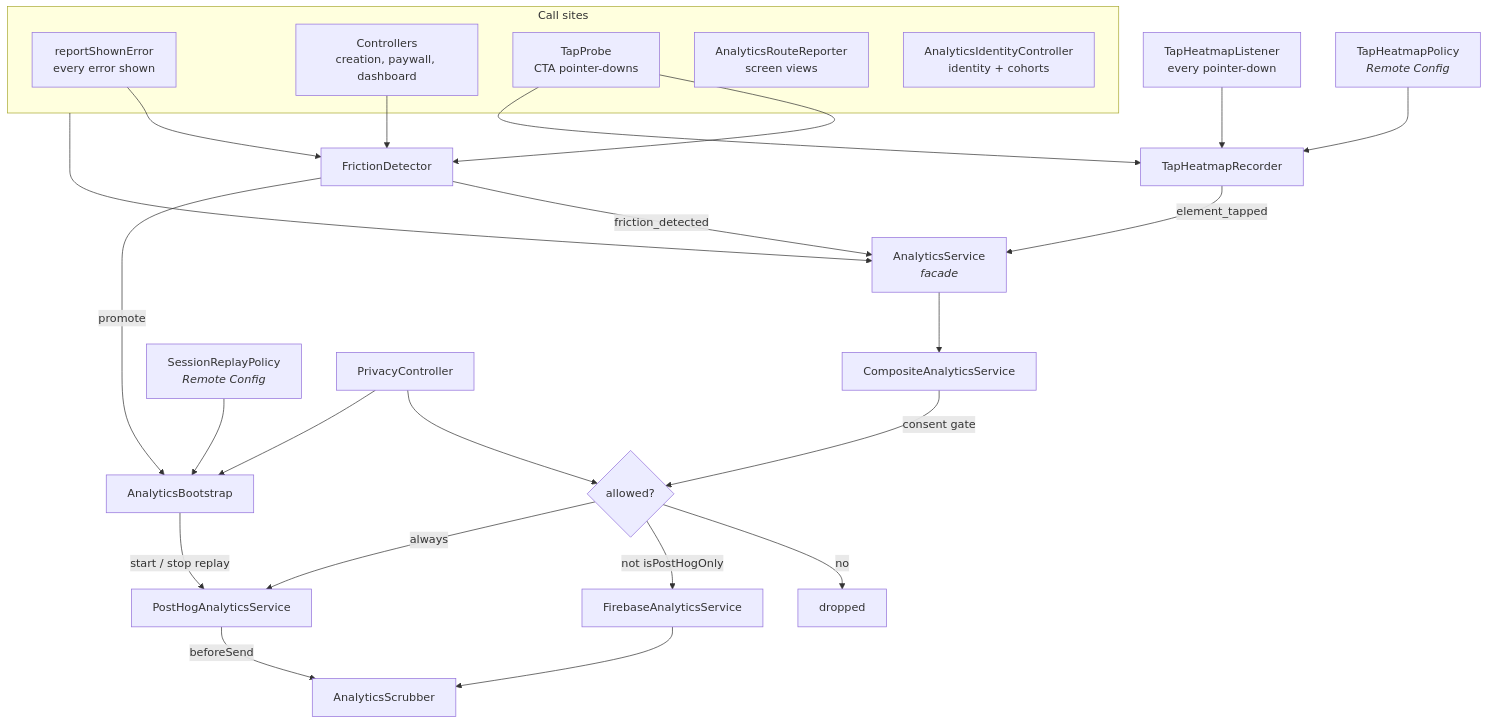
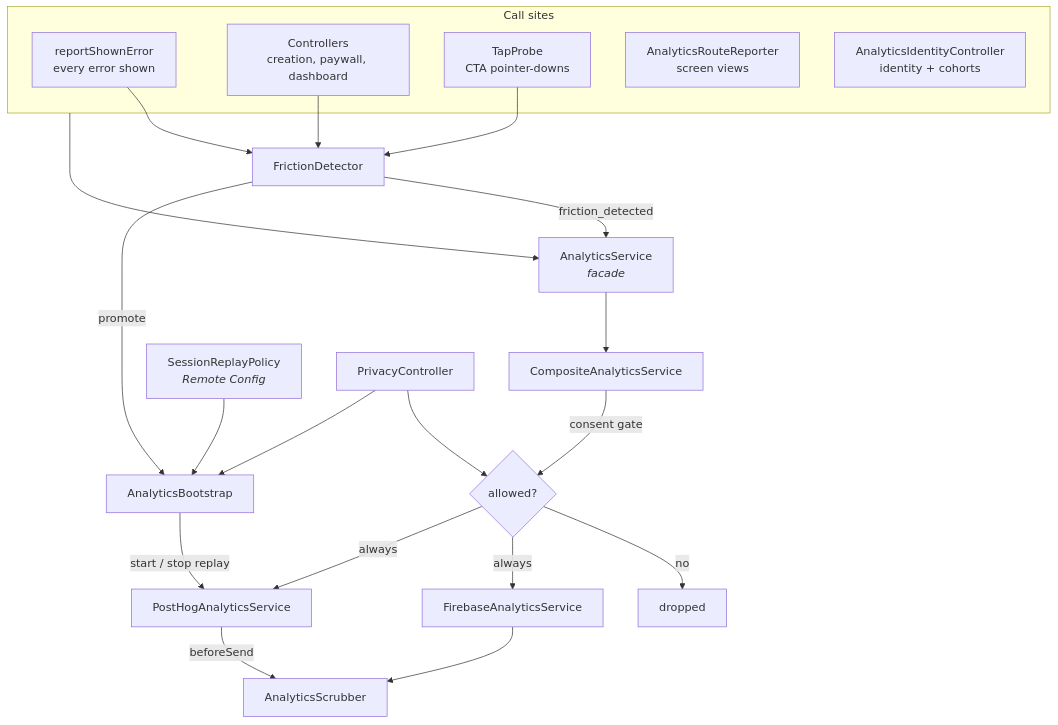
One commit to lucas-242/kazi changed the diagram in packages/kazi/lib/core/services/data/analytics/README.md. Above: the diagram before and after it, drawn with Mermaid. The commit also changed other lines of this file and 32 other files, not shown here.

First line of the commit message:
refactor: remove the tap heatmap

````diff
--- a/packages/kazi/lib/core/services/data/analytics/README.md
+++ b/packages/kazi/lib/core/services/data/analytics/README.md
@@ -24,35 +23,31 @@
 ```mermaid
 flowchart TD
     subgraph callers[Call sites]
         BN[reportShownError<br/>every error shown]
         CTRL[Controllers<br/>creation, paywall, dashboard]
         TP[TapProbe<br/>CTA pointer-downs]
         RR[AnalyticsRouteReporter<br/>screen views]
         IC[AnalyticsIdentityController<br/>identity + cohorts]
     end
 
     callers --> FACADE[AnalyticsService<br/><i>facade</i>]
     FACADE --> COMP[CompositeAnalyticsService]
 
     COMP -->|consent gate| GATE{allowed?}
     GATE -->|no| DROP[dropped]
-    GATE -->|not isPostHogOnly| FB[FirebaseAnalyticsService]
+    GATE -->|always| FB[FirebaseAnalyticsService]
     GATE -->|always| PH[PostHogAnalyticsService]
 
     FB --> SCRUB1[AnalyticsScrubber]
     PH -->|beforeSend| SCRUB1
 
     BN --> FD[FrictionDetector]
     TP --> FD
     CTRL --> FD
     FD -->|friction_detected| FACADE
     FD -->|promote| AB[AnalyticsBootstrap]
     AB -->|start / stop replay| PH
     SRP[SessionReplayPolicy<br/><i>Remote Config</i>] --> AB
-    TP --> THR[TapHeatmapRecorder]
-    THL[TapHeatmapListener<br/>every pointer-down] --> THR
-    THP[TapHeatmapPolicy<br/><i>Remote Config</i>] --> THR
-    THR -->|element_tapped| FACADE
     PC[PrivacyController] --> GATE
     PC --> AB
 ```
````
